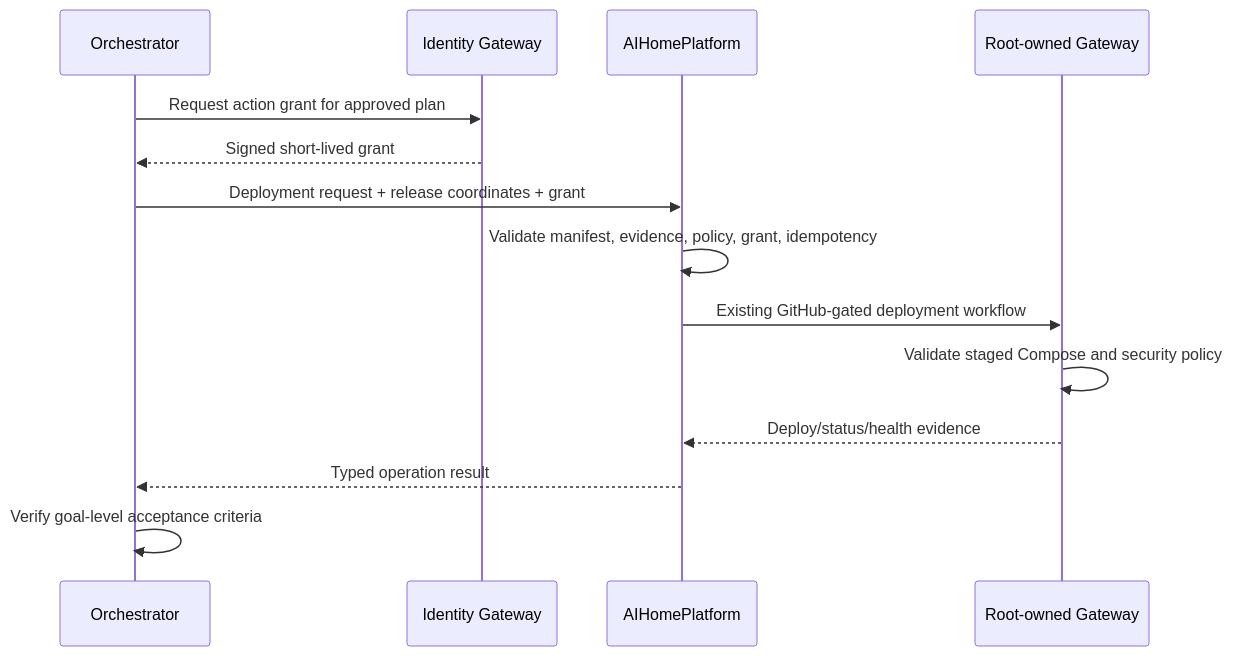
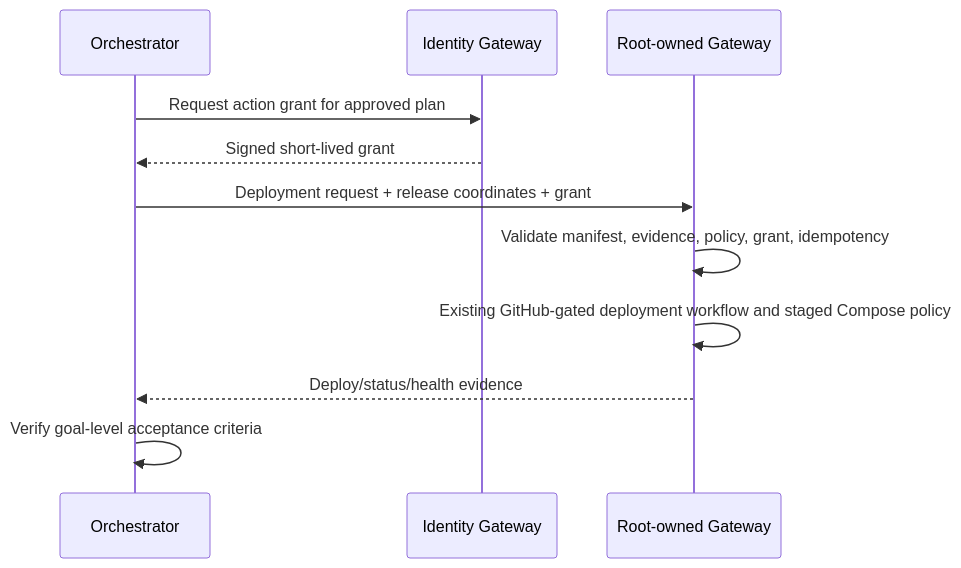
The fourth of 5 diagrams in docs/personal-ai-control-plane-hld.md (cuweiwei/PersonalAiControlPlane), drawn with Mermaid before and after one commit. The commit also changed other lines of this file and 21 other files, not shown here.

````diff
--- a/docs/personal-ai-control-plane-hld.md
+++ b/docs/personal-ai-control-plane-hld.md
@@ -804,17 +804,14 @@
 ```mermaid
 sequenceDiagram
   participant O as Orchestrator
   participant I as Identity Gateway
-  participant A as AIHomePlatform
   participant G as Root-owned Gateway
 
   O->>I: Request action grant for approved plan
   I-->>O: Signed short-lived grant
-  O->>A: Deployment request + release coordinates + grant
-  A->>A: Validate manifest, evidence, policy, grant, idempotency
-  A->>G: Existing GitHub-gated deployment workflow
-  G->>G: Validate staged Compose and security policy
-  G-->>A: Deploy/status/health evidence
-  A-->>O: Typed operation result
+  O->>G: Deployment request + release coordinates + grant
+  G->>G: Validate manifest, evidence, policy, grant, idempotency
+  G->>G: Existing GitHub-gated deployment workflow and staged Compose policy
+  G-->>O: Deploy/status/health evidence
   O->>O: Verify goal-level acceptance criteria
 ```
````
